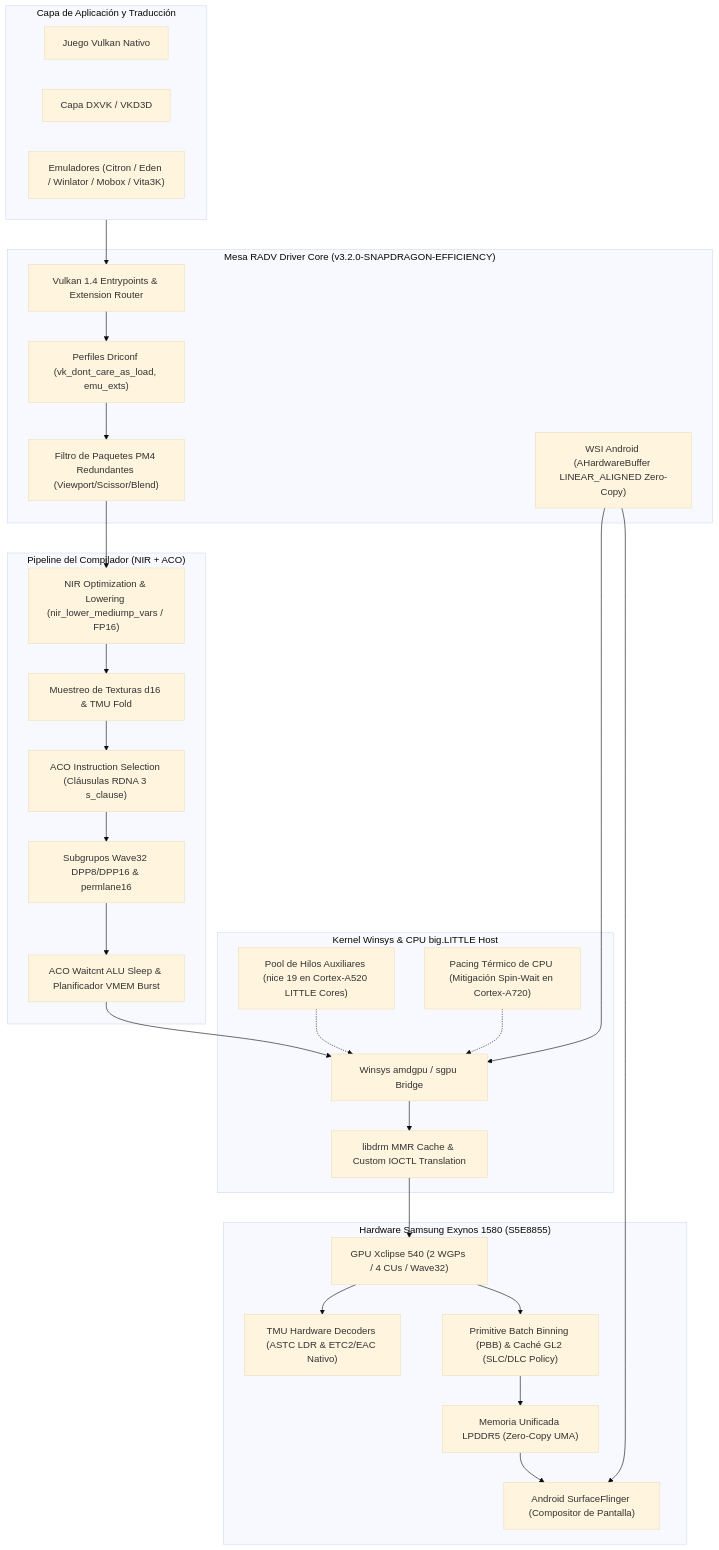
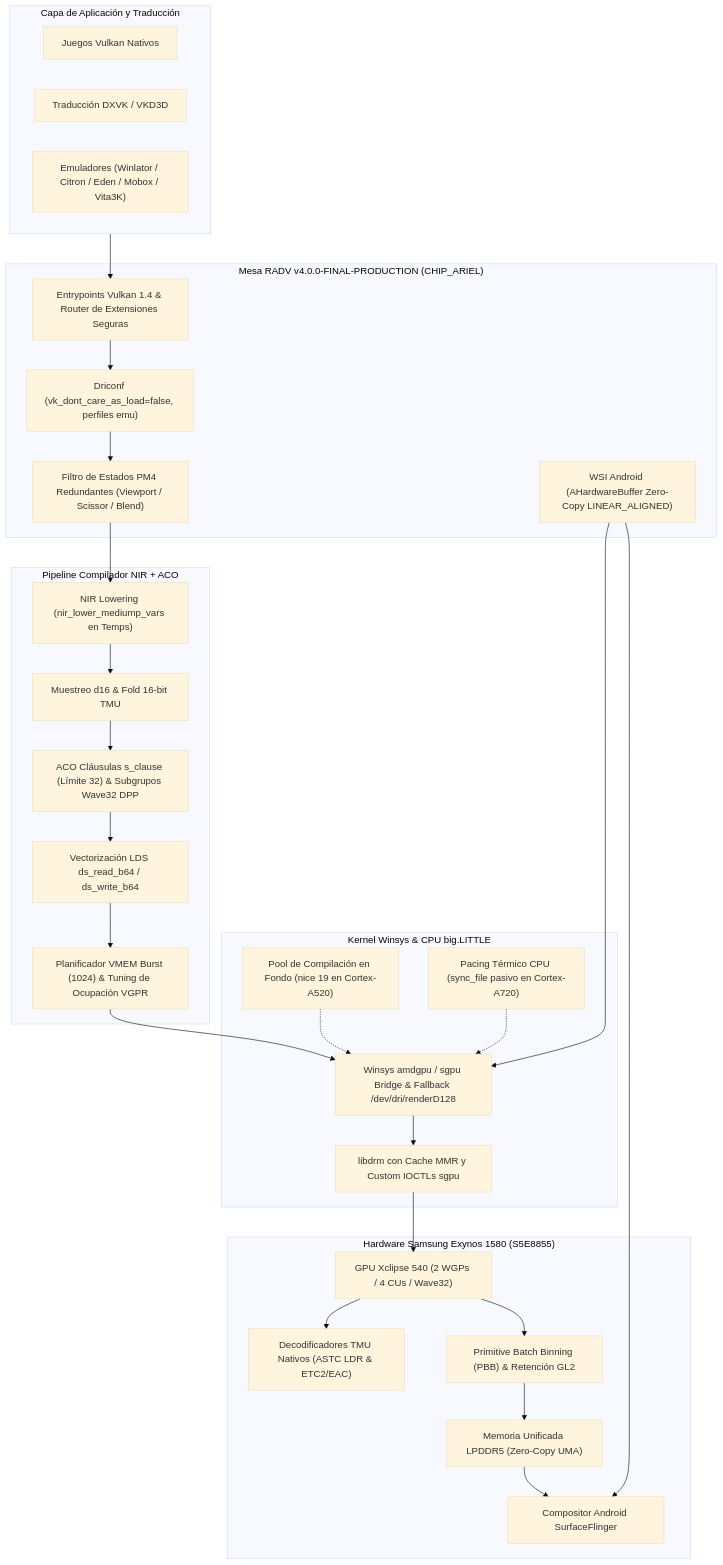
Before and after one commit to sepuro/radv-xclipse: the diagram in README.md, drawn with Mermaid (base theme). The commit also changed other lines of this file and 33 other files, not shown here.

Commit message:
release(ariel): v4.0.0-FINAL-PRODUCTION deep code audit, branch deduplication, crash guards and 5-subsystem patch consolidation

````diff
--- a/README.md
+++ b/README.md
@@ -28,55 +37,55 @@
 ```mermaid
 flowchart TD
     subgraph APP["Capa de Aplicación y Traducción"]
-        A1["Juego Vulkan Nativo"] 
-        A2["Capa DXVK / VKD3D"] 
-        A3["Emuladores (Citron / Eden / Winlator / Mobox / Vita3K)"]
+        A1["Juegos Vulkan Nativos"] 
+        A2["Traducción DXVK / VKD3D"] 
+        A3["Emuladores (Winlator / Citron / Eden / Mobox / Vita3K)"]
     end
 
-    subgraph DRIVER["Mesa RADV Driver Core (v3.2.0-SNAPDRAGON-EFFICIENCY)"]
-        B1["Vulkan 1.4 Entrypoints & Extension Router"]
-        B2["Perfiles Driconf (vk_dont_care_as_load, emu_exts)"]
-        B3["Filtro de Paquetes PM4 Redundantes (Viewport/Scissor/Blend)"]
-        B4["WSI Android (AHardwareBuffer LINEAR_ALIGNED Zero-Copy)"]
+    subgraph DRIVER["Mesa RADV v4.0.0-FINAL-PRODUCTION (CHIP_ARIEL)"]
+        B1["Entrypoints Vulkan 1.4 & Router de Extensiones Seguras"]
+        B2["Driconf (vk_dont_care_as_load=false, perfiles emu)"]
+        B3["Filtro de Estados PM4 Redundantes (Viewport / Scissor / Blend)"]
+        B4["WSI Android (AHardwareBuffer Zero-Copy LINEAR_ALIGNED)"]
     end
 
-    subgraph COMPILER["Pipeline del Compilador (NIR + ACO)"]
-        C1["NIR Optimization & Lowering (nir_lower_mediump_vars / FP16)"]
-        C2["Muestreo de Texturas d16 & TMU Fold"]
-        C3["ACO Instruction Selection (Cláusulas RDNA 3 s_clause)"]
-        C4["Subgrupos Wave32 DPP8/DPP16 & permlane16"]
-        C5["ACO Waitcnt ALU Sleep & Planificador VMEM Burst"]
+    subgraph COMPILER["Pipeline Compilador NIR + ACO"]
+        C1["NIR Lowering (nir_lower_mediump_vars en Temps)"]
+        C2["Muestreo d16 & Fold 16-bit TMU"]
+        C3["ACO Cláusulas s_clause (Límite 32) & Subgrupos Wave32 DPP"]
+        C4["Vectorización LDS ds_read_b64 / ds_write_b64"]
+        C5["Planificador VMEM Burst (1024) & Tuning de Ocupación VGPR"]
     end
 
-    subgraph SYSTEM["Kernel Winsys & CPU big.LITTLE Host"]
-        D1["Winsys amdgpu / sgpu Bridge"]
-        D2["libdrm MMR Cache & Custom IOCTL Translation"]
-        D3["Pool de Hilos Auxiliares (nice 19 en Cortex-A520 LITTLE Cores)"]
-        D4["Pacing Térmico de CPU (Mitigación Spin-Wait en Cortex-A720)"]
+    subgraph HOST["Kernel Winsys & CPU big.LITTLE"]
+        D1["Winsys amdgpu / sgpu Bridge & Fallback /dev/dri/renderD128"]
+        D2["libdrm con Cache MMR y Custom IOCTLs sgpu"]
+        D3["Pool de Compilación en Fondo (nice 19 en Cortex-A520)"]
+        D4["Pacing Térmico CPU (sync_file pasivo en Cortex-A720)"]
     end
 
-    subgraph HARDWARE["Hardware Samsung Exynos 1580 (S5E8855)"]
+    subgraph HW["Hardware Samsung Exynos 1580 (S5E8855)"]
         E1["GPU Xclipse 540 (2 WGPs / 4 CUs / Wave32)"]
-        E2["TMU Hardware Decoders (ASTC LDR & ETC2/EAC Nativo)"]
-        E3["Primitive Batch Binning (PBB) & Caché GL2 (SLC/DLC Policy)"]
+        E2["Decodificadores TMU Nativos (ASTC LDR & ETC2/EAC)"]
+        E3["Primitive Batch Binning (PBB) & Retención GL2"]
         E4["Memoria Unificada LPDDR5 (Zero-Copy UMA)"]
-        E5["Android SurfaceFlinger (Compositor de Pantalla)"]
+        E5["Compositor Android SurfaceFlinger"]
     end
 
     APP --> B1
     B1 --> B2
     B2 --> B3
     B3 --> C1
     C1 --> C2 --> C3 --> C4 --> C5
     C5 --> D1
     B4 --> D1
     D1 --> D2
     D3 -.-> D1
     D4 -.-> D1
     D2 --> E1
     E1 --> E2
     E1 --> E3
     E3 --> E4
     B4 --> E5
     E4 --> E5
 ```
````
